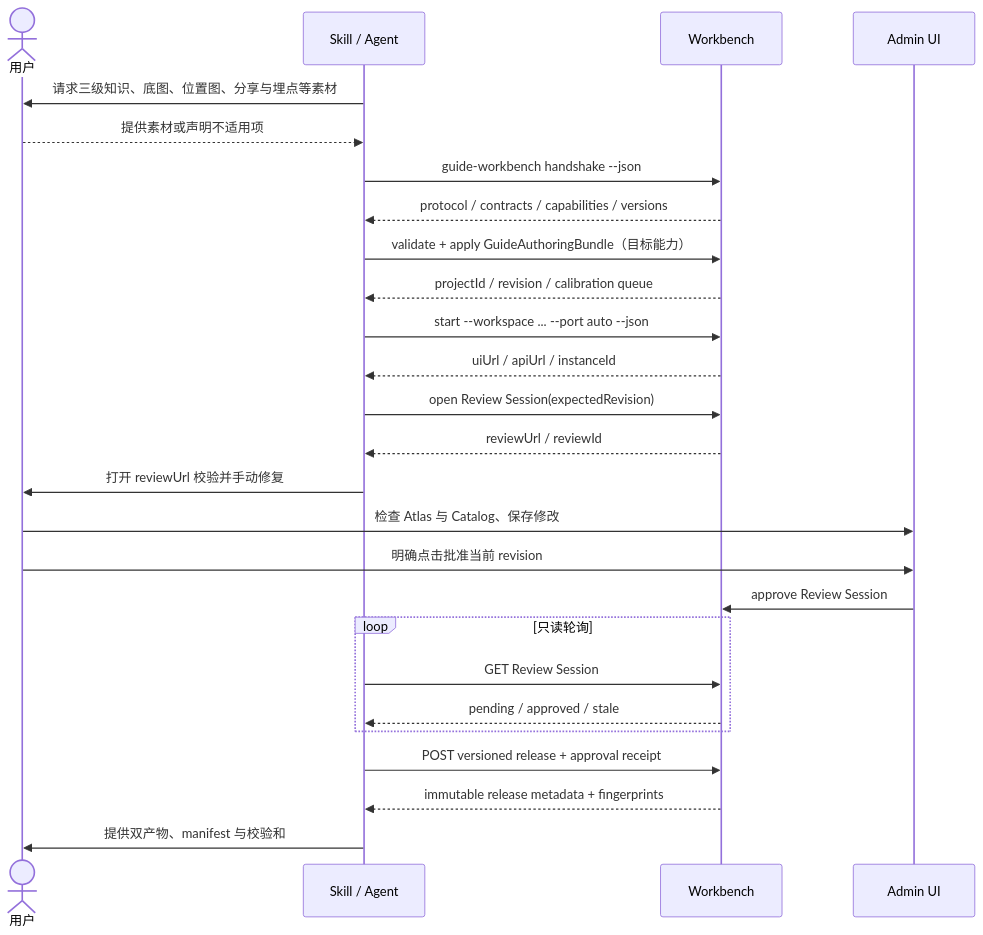
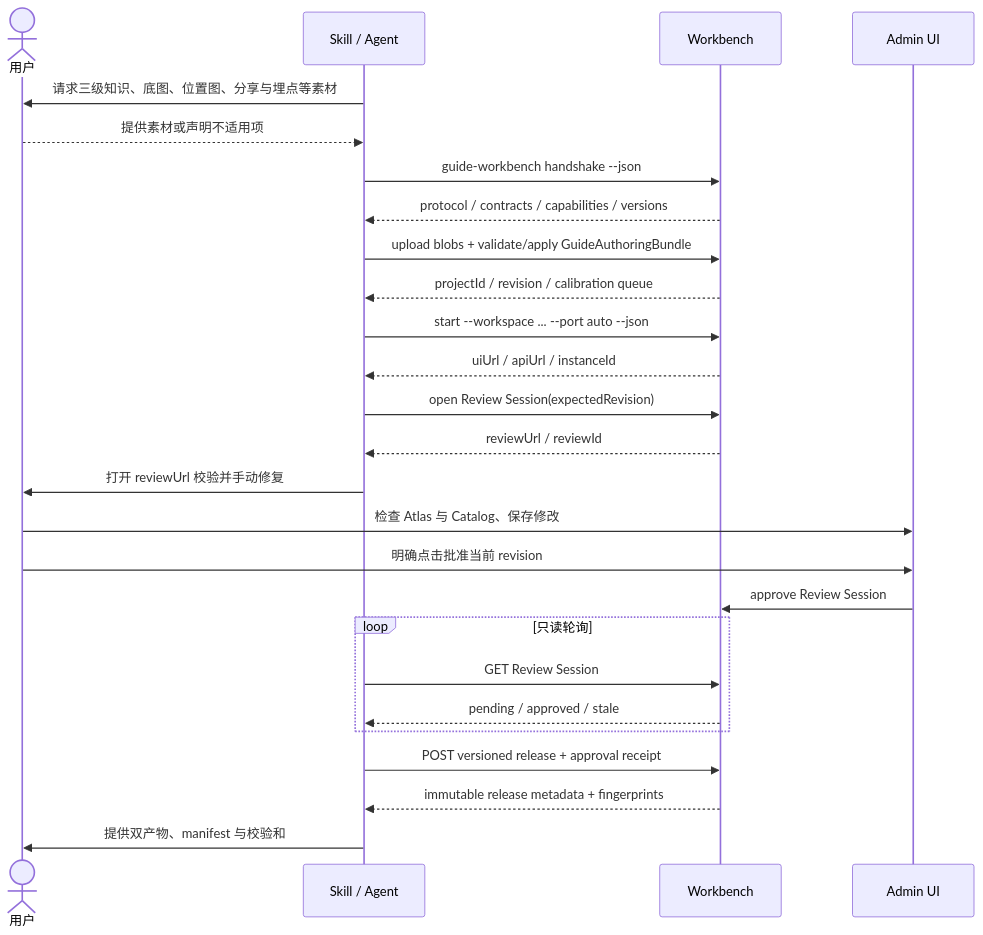
The second of 2 diagrams in docs/architecture/workbench-skill-offline-orchestration.md (lz6060788/Interactive-Guide), drawn with Mermaid before and after one commit. The commit also changed other lines of this file and 3 other files, not shown here.

Commit message:
docs: document authoring bundle automation contract

````diff
--- a/docs/architecture/workbench-skill-offline-orchestration.md
+++ b/docs/architecture/workbench-skill-offline-orchestration.md
@@ -228,29 +238,29 @@
 ```mermaid
 sequenceDiagram
     actor User as 用户
     participant Skill as Skill / Agent
     participant WB as Workbench
     participant UI as Admin UI
 
     Skill->>User: 请求三级知识、底图、位置图、分享与埋点等素材
     User-->>Skill: 提供素材或声明不适用项
     Skill->>WB: guide-workbench handshake --json
     WB-->>Skill: protocol / contracts / capabilities / versions
-    Skill->>WB: validate + apply GuideAuthoringBundle（目标能力）
+    Skill->>WB: upload blobs + validate/apply GuideAuthoringBundle
     WB-->>Skill: projectId / revision / calibration queue
     Skill->>WB: start --workspace ... --port auto --json
     WB-->>Skill: uiUrl / apiUrl / instanceId
     Skill->>WB: open Review Session(expectedRevision)
     WB-->>Skill: reviewUrl / reviewId
     Skill->>User: 打开 reviewUrl 校验并手动修复
     User->>UI: 检查 Atlas 与 Catalog、保存修改
     User->>UI: 明确点击批准当前 revision
     UI->>WB: approve Review Session
     loop 只读轮询
         Skill->>WB: GET Review Session
         WB-->>Skill: pending / approved / stale
     end
     Skill->>WB: POST versioned release + approval receipt
     WB-->>Skill: immutable release metadata + fingerprints
     Skill->>User: 提供双产物、manifest 与校验和
 ```
````
